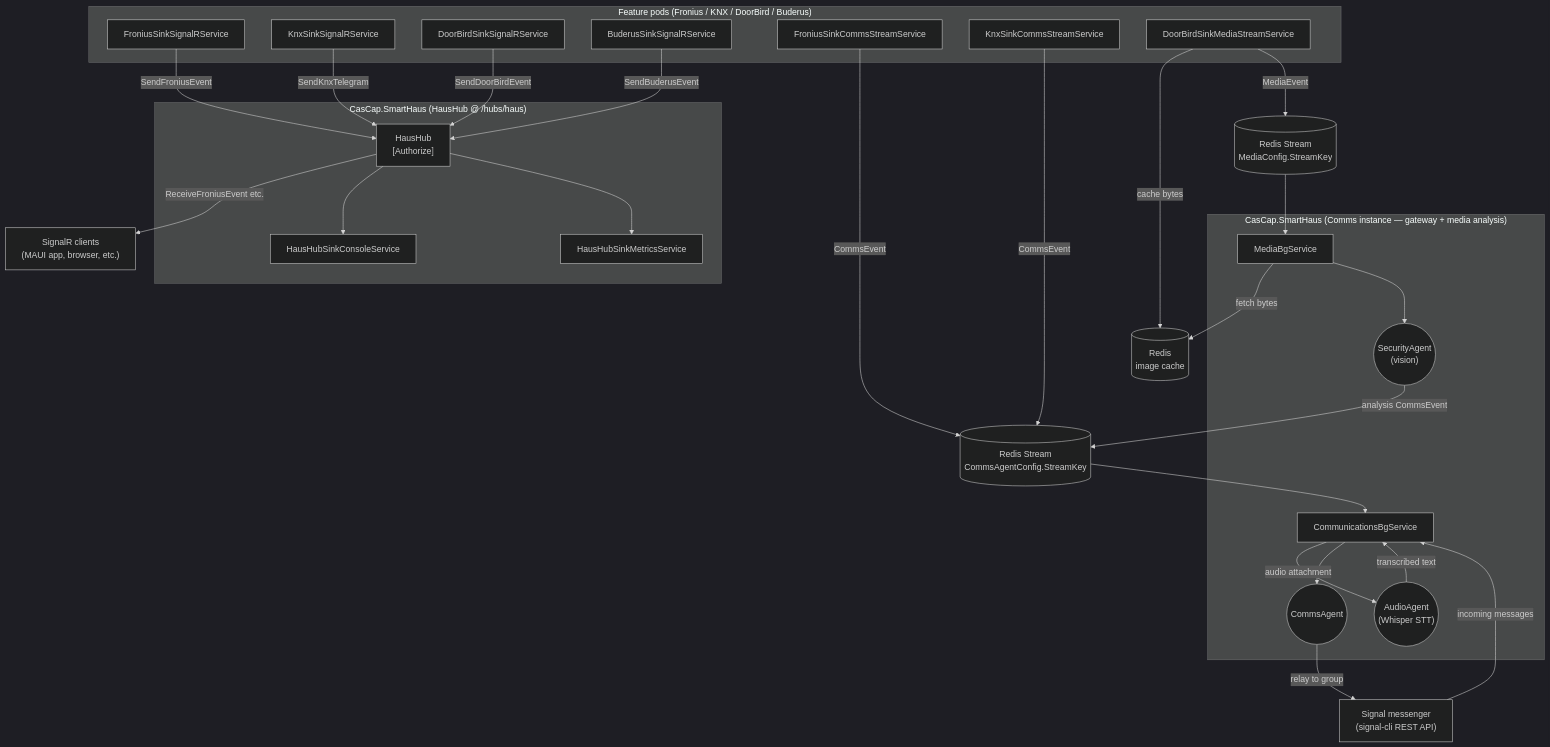
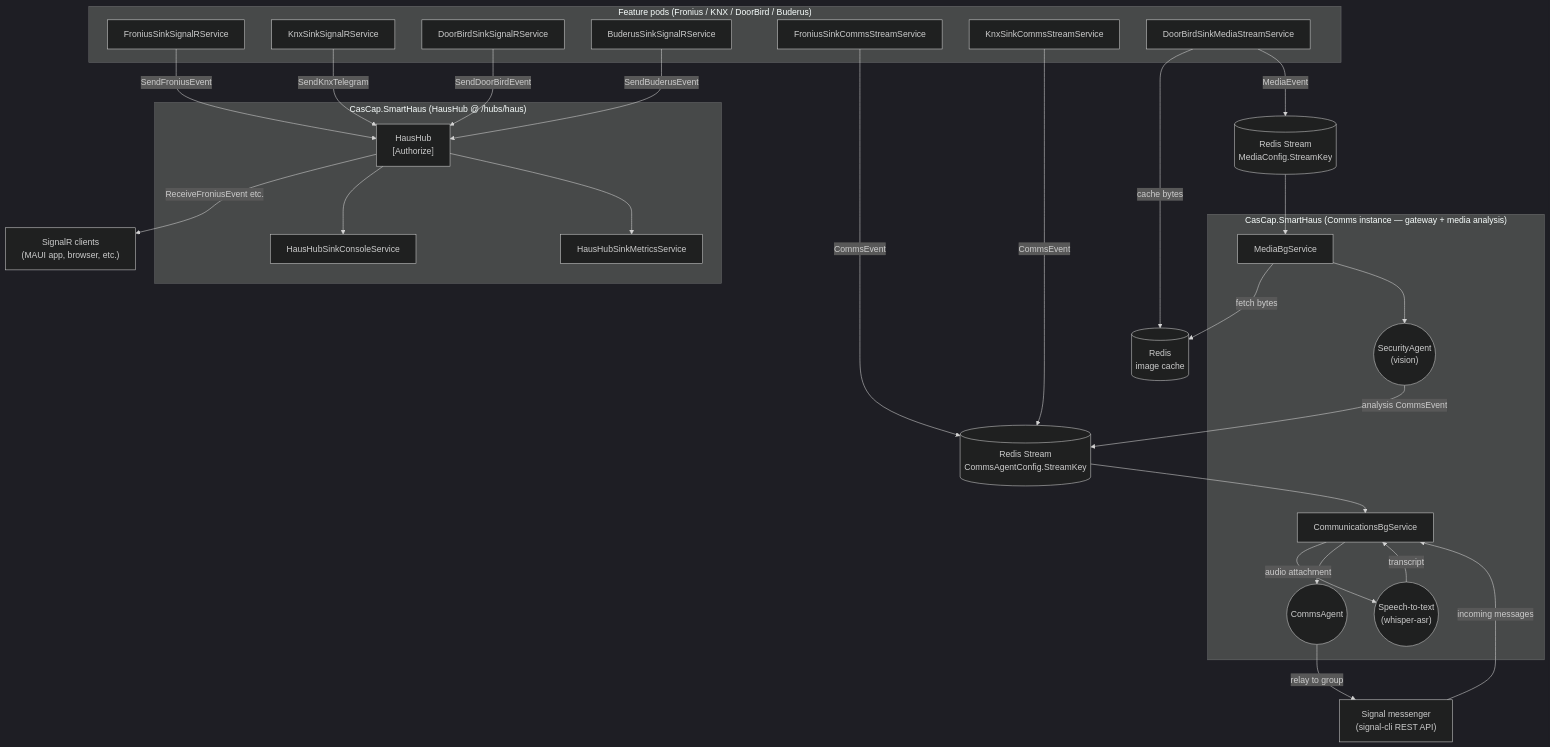
Before and after one commit to f2calv/SmartHaus: the second of 4 diagrams in src/CasCap.SmartHaus/README.md, drawn with Mermaid (dark theme). The commit also changed other lines of this file and 13 other files, not shown here.

First line of the commit message:
feat(voice): route Signal audio through the typed speech-to-text service

````diff
--- a/src/CasCap.SmartHaus/README.md
+++ b/src/CasCap.SmartHaus/README.md
@@ -159,61 +162,61 @@
 ```mermaid
 flowchart TD
     subgraph FeaturePods["Feature pods (Fronius / KNX / DoorBird / Buderus)"]
         FRONIUS_SINK["FroniusSinkSignalRService"]
         KNX_SINK["KnxSinkSignalRService"]
         DOORBIRD_SINK["DoorBirdSinkSignalRService"]
         BUDERUS_SINK["BuderusSinkSignalRService"]
         FRONIUS_COMMS["FroniusSinkCommsStreamService"]
         KNX_COMMS["KnxSinkCommsStreamService"]
         DOORBIRD_MEDIA["DoorBirdSinkMediaStreamService"]
     end
 
     subgraph Hub["CasCap.SmartHaus (HausHub @ /hubs/haus)"]
         HAUSHUB["HausHub\n[Authorize]"]
         HUB_CONSOLE["HausHubSinkConsoleService"]
         HUB_METRICS["HausHubSinkMetricsService"]
     end
 
     subgraph Comms["CasCap.SmartHaus (Comms instance — gateway + media analysis)"]
         COMMS_BG["CommunicationsBgService"]
         COMMS_AGENT(("CommsAgent"))
-        AUDIO_AGENT(("AudioAgent\n(Whisper STT)"))
+        STT(("Speech-to-text\n(whisper-asr)"))
         MEDIA_BG["MediaBgService"]
         SECURITY_AGENT(("SecurityAgent\n(vision)"))
     end
 
     MEDIA_STREAM[("Redis Stream\nMediaConfig.StreamKey")]
     COMMS_STREAM[("Redis Stream\nCommsAgentConfig.StreamKey")]
     REDIS_CACHE[("Redis\nimage cache")]
     CLIENTS["SignalR clients\n(MAUI app, browser, etc.)"]
     SIGNALCLI["Signal messenger\n(signal-cli REST API)"]
 
     %% SignalR path
     FRONIUS_SINK -->|SendFroniusEvent| HAUSHUB
     KNX_SINK -->|SendKnxTelegram| HAUSHUB
     DOORBIRD_SINK -->|SendDoorBirdEvent| HAUSHUB
     BUDERUS_SINK -->|SendBuderusEvent| HAUSHUB
     HAUSHUB -->|ReceiveFroniusEvent etc.| CLIENTS
     HAUSHUB --> HUB_CONSOLE
     HAUSHUB --> HUB_METRICS
 
     %% Comms stream path (text events)
     FRONIUS_COMMS -->|CommsEvent| COMMS_STREAM
     KNX_COMMS -->|CommsEvent| COMMS_STREAM
 
     %% Media stream path (binary media)
     DOORBIRD_MEDIA -->|cache bytes| REDIS_CACHE
     DOORBIRD_MEDIA -->|MediaEvent| MEDIA_STREAM
     MEDIA_STREAM --> MEDIA_BG
     MEDIA_BG -->|fetch bytes| REDIS_CACHE
     MEDIA_BG --> SECURITY_AGENT
     SECURITY_AGENT -->|analysis CommsEvent| COMMS_STREAM
 
     %% CommsAgent gateway
     COMMS_STREAM --> COMMS_BG
-    COMMS_BG -->|audio attachment| AUDIO_AGENT
-    AUDIO_AGENT -->|transcribed text| COMMS_BG
+    COMMS_BG -->|audio attachment| STT
+    STT -->|transcript| COMMS_BG
     COMMS_BG --> COMMS_AGENT
     COMMS_AGENT -->|relay to group| SIGNALCLI
     SIGNALCLI -->|incoming messages| COMMS_BG
 ```
````
